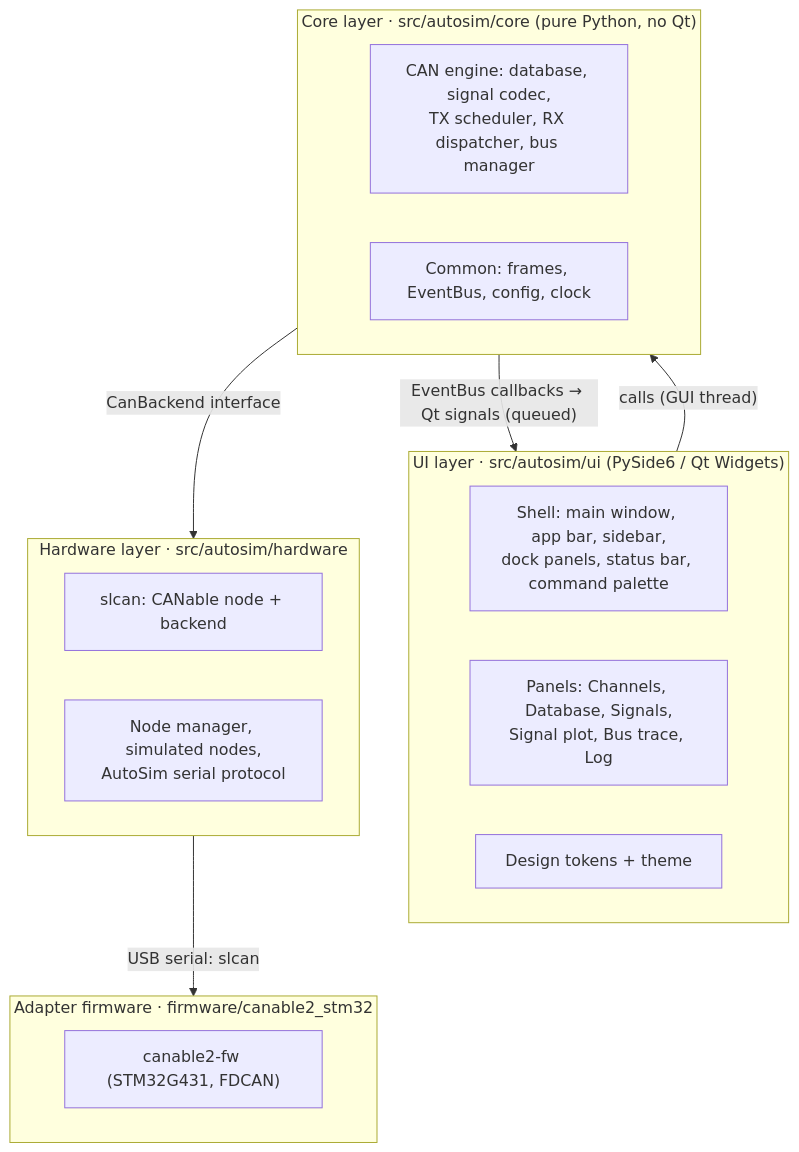
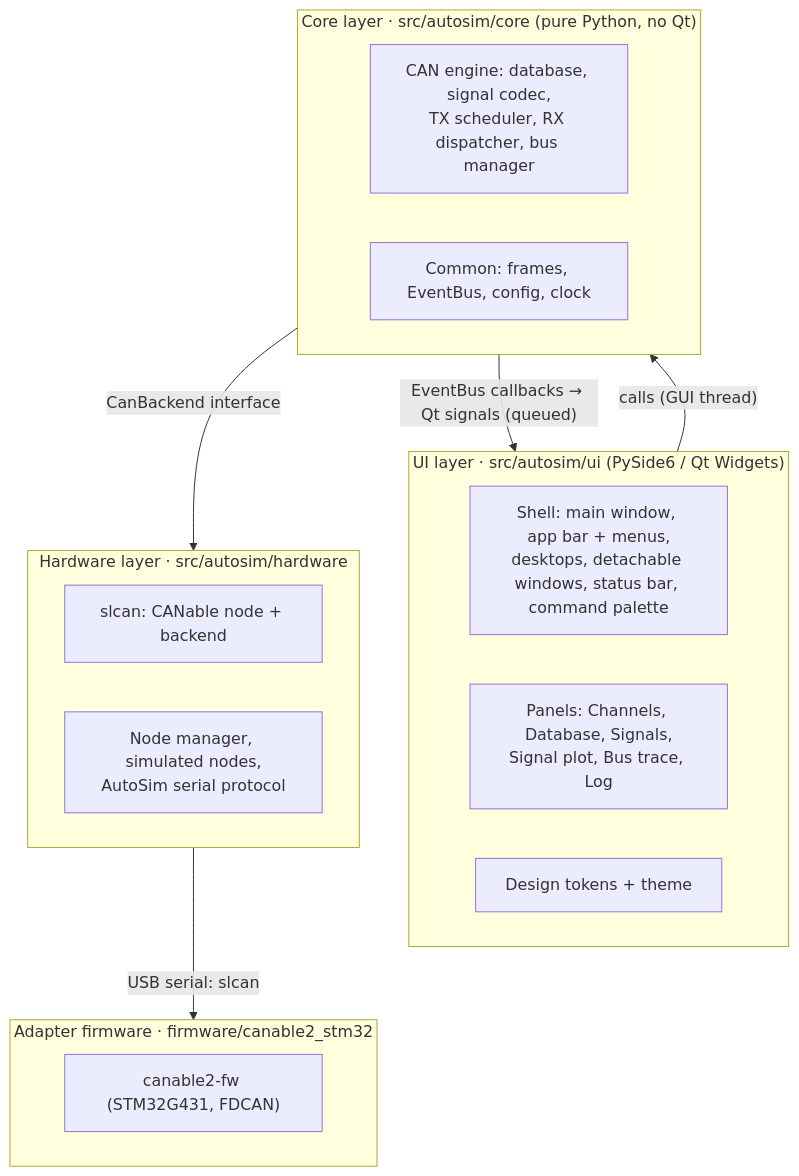
The second of 11 diagrams in docs/ARCHITECTURE.md (Thuongst97/CAN_SIMULATOR), drawn with Mermaid before and after one commit. The commit also changed other lines of this file and 17 other files, not shown here.

````diff
--- a/docs/ARCHITECTURE.md
+++ b/docs/ARCHITECTURE.md
@@ -55,26 +55,26 @@
 ```mermaid
 flowchart TB
     subgraph L1["UI layer · src/autosim/ui (PySide6 / Qt Widgets)"]
         direction LR
-        shell["Shell: main window, app bar, sidebar,<br/>dock panels, status bar, command palette"]
+        shell["Shell: main window, app bar + menus,<br/>desktops, detachable windows, status bar, command palette"]
         panels["Panels: Channels, Database, Signals,<br/>Signal plot, Bus trace, Log"]
         theme["Design tokens + theme"]
     end
     subgraph L2["Core layer · src/autosim/core (pure Python, no Qt)"]
         direction LR
         engine["CAN engine: database, signal codec,<br/>TX scheduler, RX dispatcher, bus manager"]
         common["Common: frames, EventBus, config, clock"]
     end
     subgraph L3["Hardware layer · src/autosim/hardware"]
         direction LR
         slcan["slcan: CANable node + backend"]
         gw["Node manager, simulated nodes,<br/>AutoSim serial protocol"]
     end
     subgraph L4["Adapter firmware · firmware/canable2_stm32"]
         fw["canable2-fw (STM32G431, FDCAN)"]
     end
     L1 -- "calls (GUI thread)" --> L2
     L2 -- "EventBus callbacks → Qt signals (queued)" --> L1
     L2 -- "CanBackend interface" --> L3
     L3 -- "USB serial: slcan" --> L4
 ```
````
